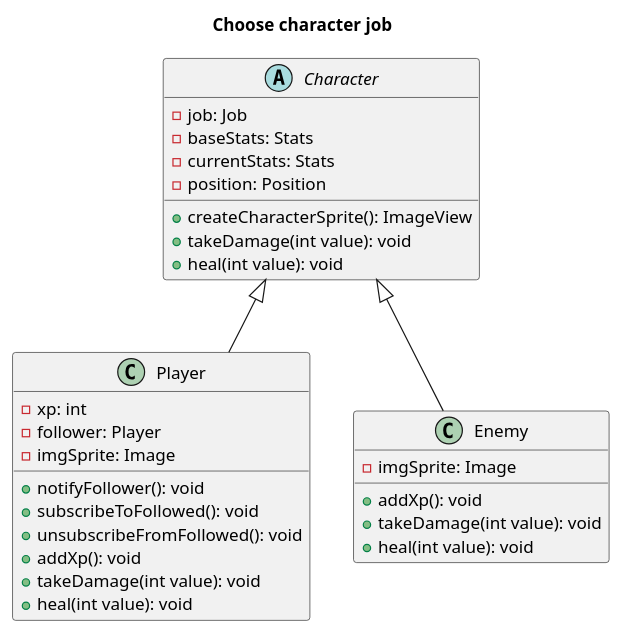
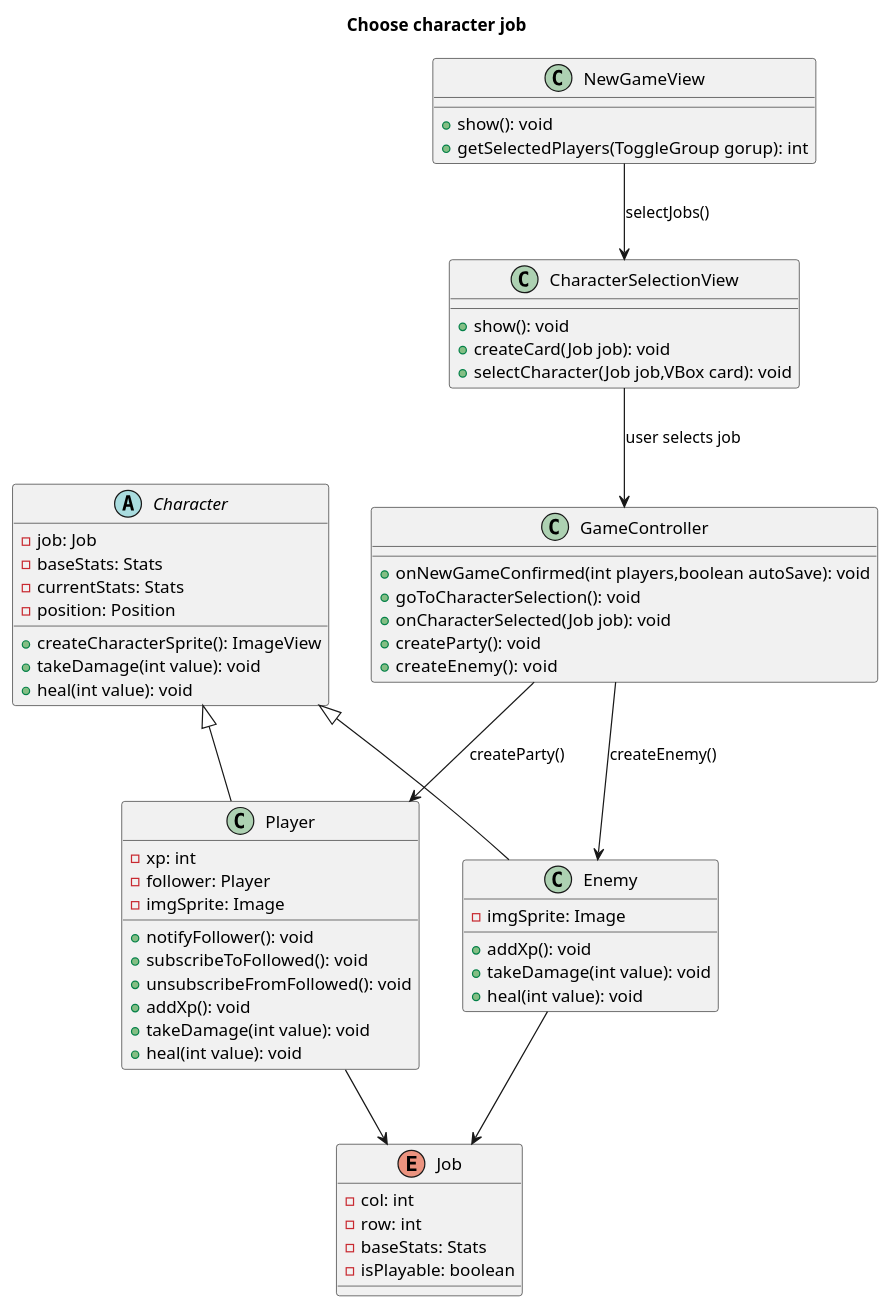
Before and after one commit to samMM-cs/iss-team2: the diagram in user_stories_pml/Choose_character_job.puml, drawn with PlantUML. The commit also changed 2 other files, not shown here.

```diff
--- a/user_stories_pml/Choose_character_job.puml
+++ b/user_stories_pml/Choose_character_job.puml
@@ -1,32 +1,63 @@
-@startuml
+@startuml US4
 title Choose character job
 'Abstract Factory'
 abstract class Character{
     - job: Job
     -baseStats: Stats
     -currentStats: Stats
     -position: Position
     +createCharacterSprite(): ImageView
     +takeDamage(int value): void
     +heal(int value): void
 }
 
 class Player extends Character{
     - xp: int
     - follower: Player
     - imgSprite: Image
     +notifyFollower(): void
     +subscribeToFollowed(): void
     +unsubscribeFromFollowed(): void
     +addXp(): void
     +takeDamage(int value): void
     +heal(int value): void
 }
 class Enemy extends Character{
     - imgSprite: Image
     +addXp(): void
     +takeDamage(int value): void
     +heal(int value): void
 }
 
+class CharacterSelectionView{
+    +show(): void
+    +createCard(Job job): void
+    +selectCharacter(Job job,VBox card): void
+}
+class GameController{
+    +onNewGameConfirmed(int players,boolean autoSave): void
+    +goToCharacterSelection(): void
+    +onCharacterSelected(Job job): void
+    +createParty(): void
+    +createEnemy():  void
+
+}
+enum Job{
+   - col: int
+   - row: int
+   - baseStats: Stats
+   - isPlayable: boolean
+}
+
+class NewGameView{
+    + show(): void
+    + getSelectedPlayers(ToggleGroup gorup): int
+}
+CharacterSelectionView-->GameController: user selects job
+NewGameView-->CharacterSelectionView: selectJobs()
+GameController-->Player:createParty()
+GameController-->Enemy:createEnemy()
+Player-->Job
+Enemy-->Job
+
 @enduml
```
